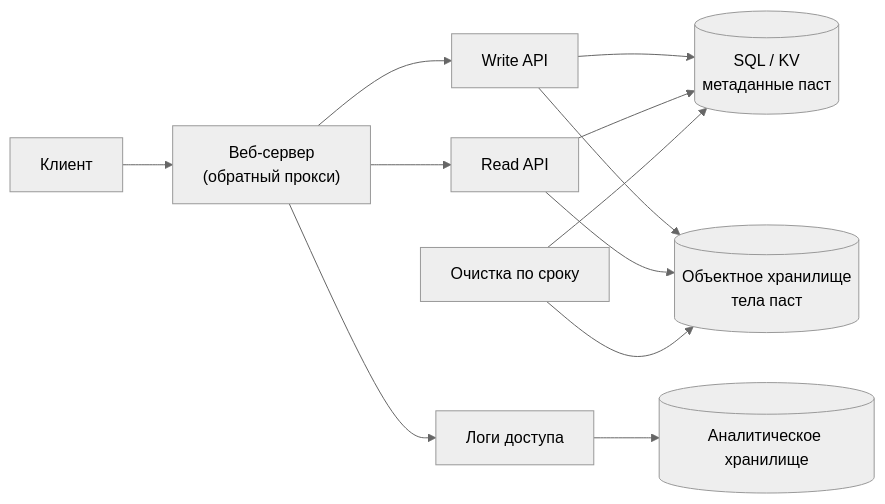
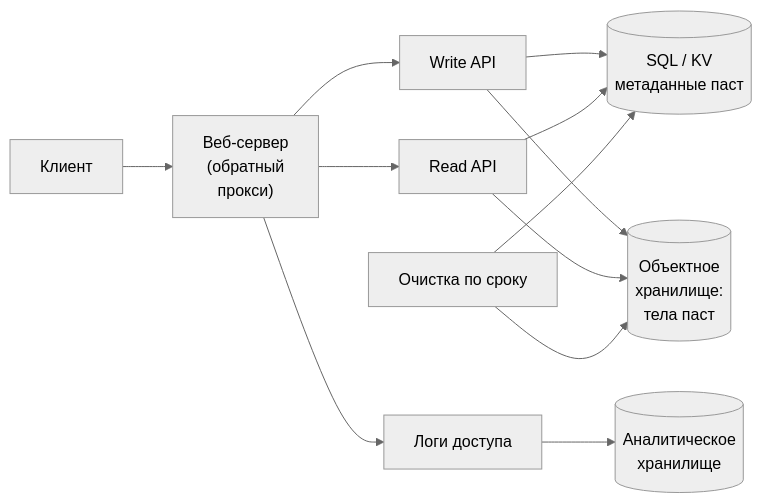
The first of 2 diagrams in src/content/docs/ru/practice/url-shortener-pastebin.mdx (butyavk/system-design), drawn with Mermaid (neutral theme) before and after one commit. The commit also changed other lines of this file and 144 other files, not shown here.

````diff
--- a/src/content/docs/ru/practice/url-shortener-pastebin.mdx
+++ b/src/content/docs/ru/practice/url-shortener-pastebin.mdx
@@ -71,14 +71,14 @@
 ```mermaid
 flowchart LR
-  client["Клиент"] --> web["Веб-сервер<br/>(обратный прокси)"]
+  client["Клиент"] --> web["Веб-сервер<br/>(обратный<br/>прокси)"]
   web --> writeapi["Write API"]
   web --> readapi["Read API"]
   writeapi --> db[("SQL / KV<br/>метаданные паст")]
-  writeapi --> obj[("Объектное хранилище<br/>тела паст")]
+  writeapi --> obj[("Объектное<br/>хранилище:<br/>тела паст")]
   readapi --> db
   readapi --> obj
   web --> logs["Логи доступа"]
-  logs --> analytics[("Аналитическое хранилище")]
+  logs --> analytics[("Аналитическое<br/>хранилище")]
   sweeper["Очистка по сроку"] --> db
   sweeper --> obj
 ```
````
